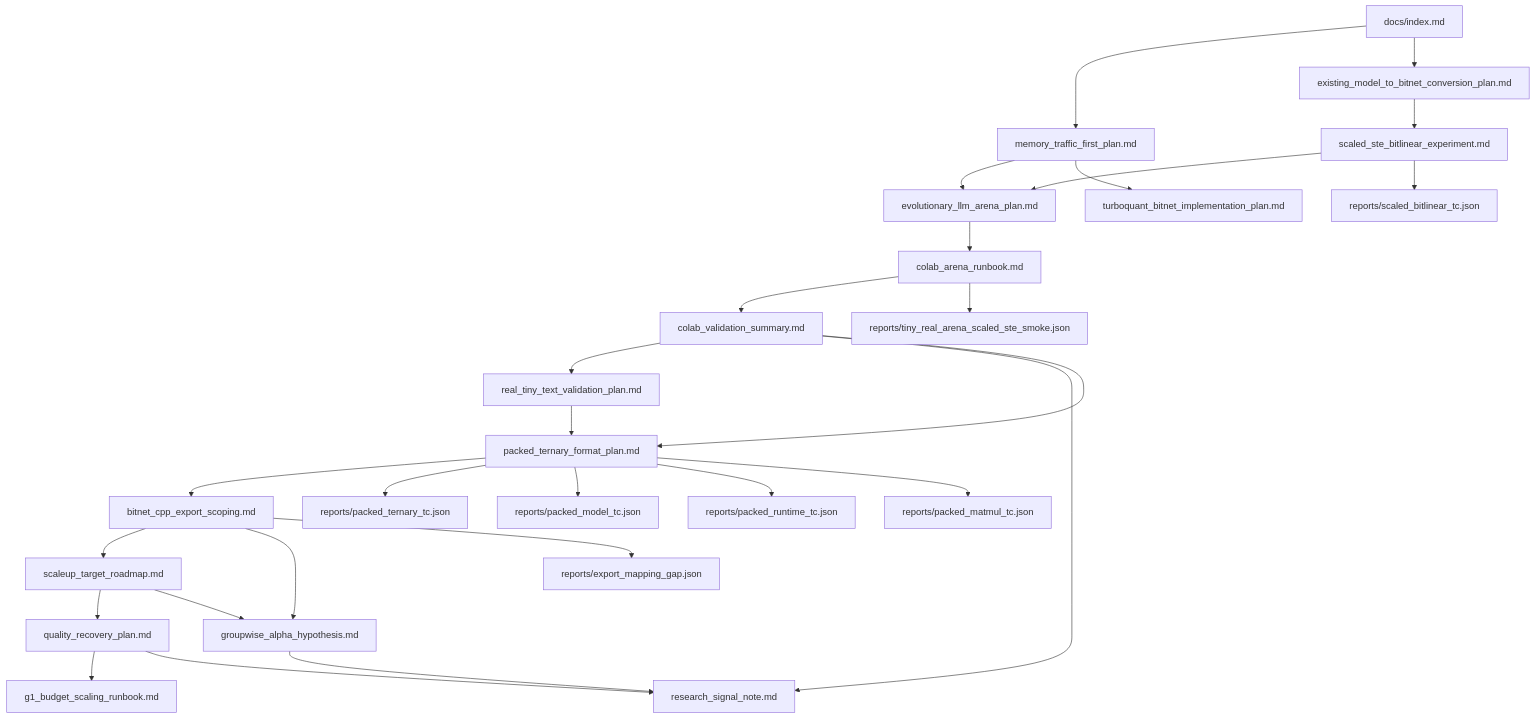
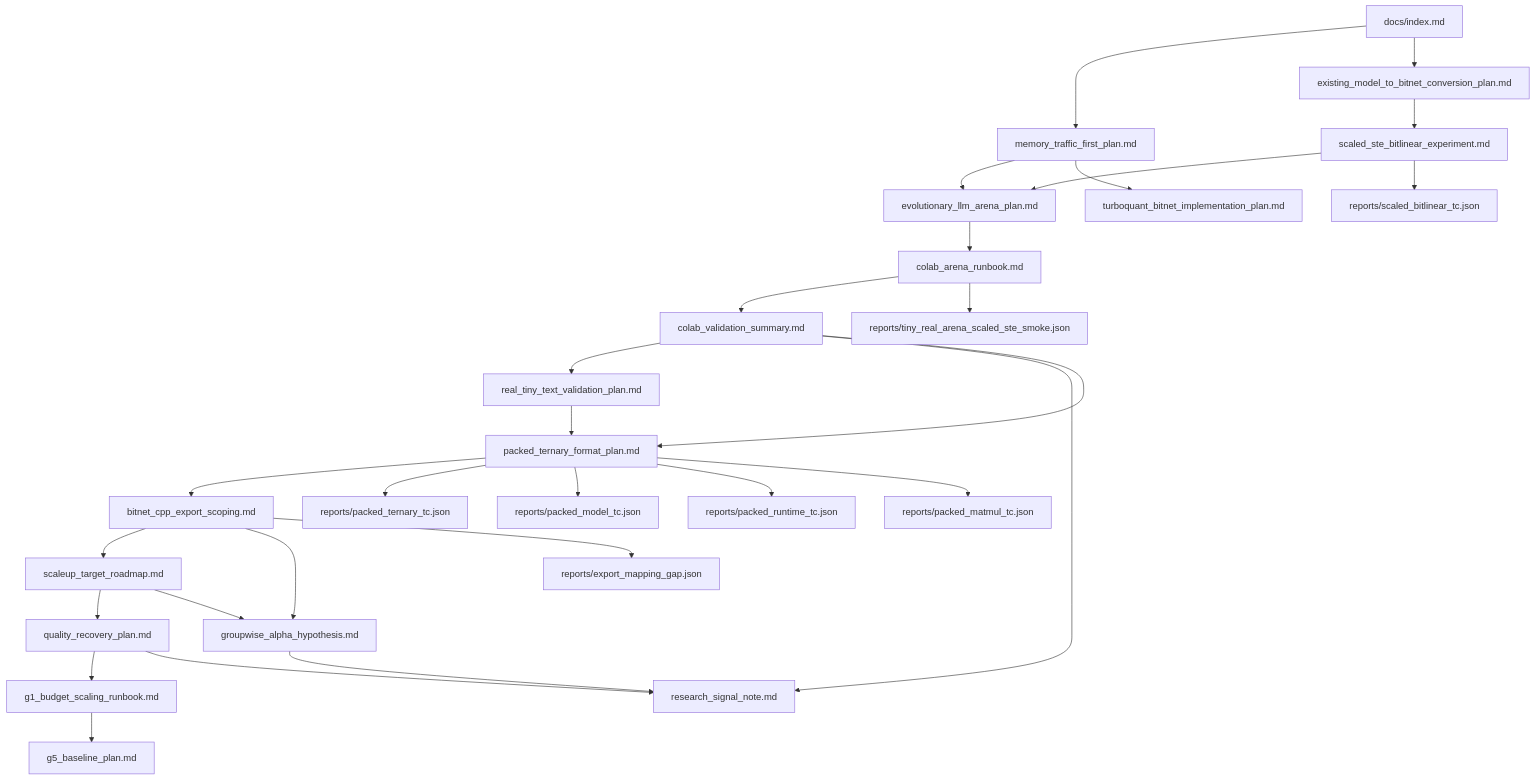
One commit to gtpk/BitNet-Transformers changed the diagram in docs/index.md. Above: the diagram before and after it, drawn with Mermaid. The commit also changed other lines of this file and 3 other files, not shown here.

````diff
--- a/docs/index.md
+++ b/docs/index.md
@@ -190,30 +192,31 @@
 ```mermaid
 flowchart TD
   A["docs/index.md"] --> B["memory_traffic_first_plan.md"]
   A --> C["existing_model_to_bitnet_conversion_plan.md"]
   C --> D["scaled_ste_bitlinear_experiment.md"]
   D --> E["evolutionary_llm_arena_plan.md"]
   E --> F["colab_arena_runbook.md"]
   F --> J["colab_validation_summary.md"]
   J --> K["real_tiny_text_validation_plan.md"]
   J --> L["research_signal_note.md"]
   J --> M["packed_ternary_format_plan.md"]
   K --> M["packed_ternary_format_plan.md"]
   M --> R["bitnet_cpp_export_scoping.md"]
   R --> U["scaleup_target_roadmap.md"]
   U --> V["quality_recovery_plan.md"]
   V --> W["g1_budget_scaling_runbook.md"]
+  W --> X["g5_baseline_plan.md"]
   R --> T["groupwise_alpha_hypothesis.md"]
   U --> T
   V --> L
   T --> L
   B --> E
   B --> G["turboquant_bitnet_implementation_plan.md"]
   F --> H["reports/tiny_real_arena_scaled_ste_smoke.json"]
   D --> I["reports/scaled_bitlinear_tc.json"]
   M --> N["reports/packed_ternary_tc.json"]
   M --> O["reports/packed_model_tc.json"]
   M --> P["reports/packed_runtime_tc.json"]
   M --> Q["reports/packed_matmul_tc.json"]
   R --> S["reports/export_mapping_gap.json"]
 ```
````
